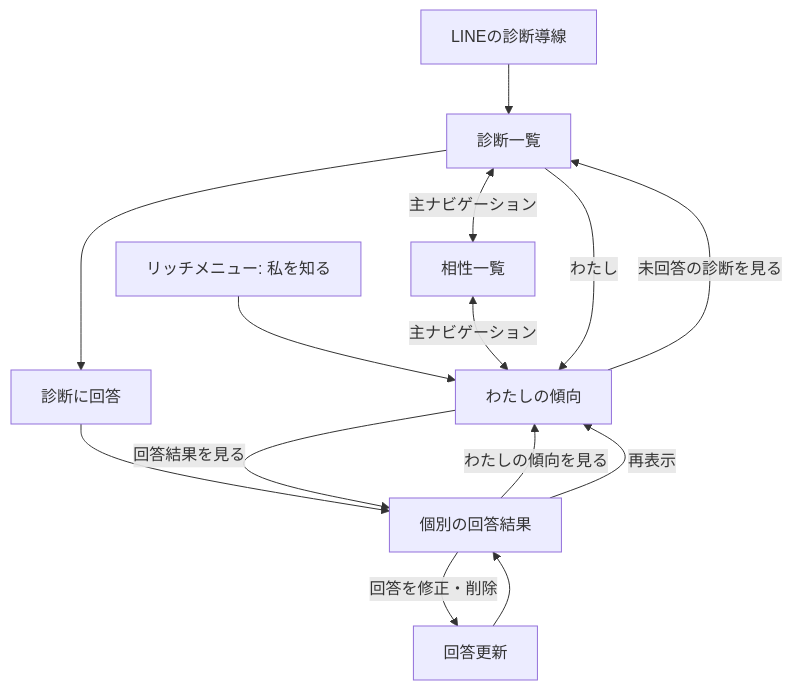
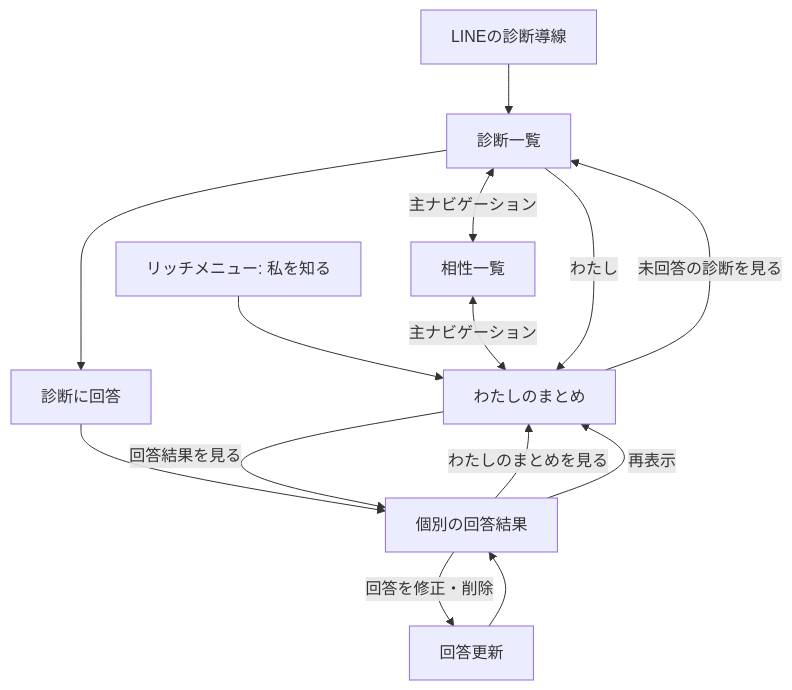
Before and after one commit to kkyosuke/me-builder: the first of 3 diagrams in docs/product/profile-summary-experience.md, drawn with Mermaid. The commit also changed other lines of this file and 9 other files, not shown here.

````diff
--- a/docs/product/profile-summary-experience.md
+++ b/docs/product/profile-summary-experience.md
@@ -166,16 +147,16 @@
 ```mermaid
 flowchart TD
     L[LINEの診断導線] --> H[診断一覧]
-    M[リッチメニュー: 私を知る] --> P[わたしの傾向]
+    M[リッチメニュー: 私を知る] --> P[わたしのまとめ]
     H <-->|主ナビゲーション| C[相性一覧]
     C <-->|主ナビゲーション| P
     H --> Q[診断に回答]
     Q --> R[個別の回答結果]
     H -->|わたし| P
-    R -->|わたしの傾向を見る| P
+    R -->|わたしのまとめを見る| P
     P -->|回答結果を見る| R
     P -->|未回答の診断を見る| H
     R -->|回答を修正・削除| U[回答更新]
     U --> R
     R -->|再表示| P
 ```
````
